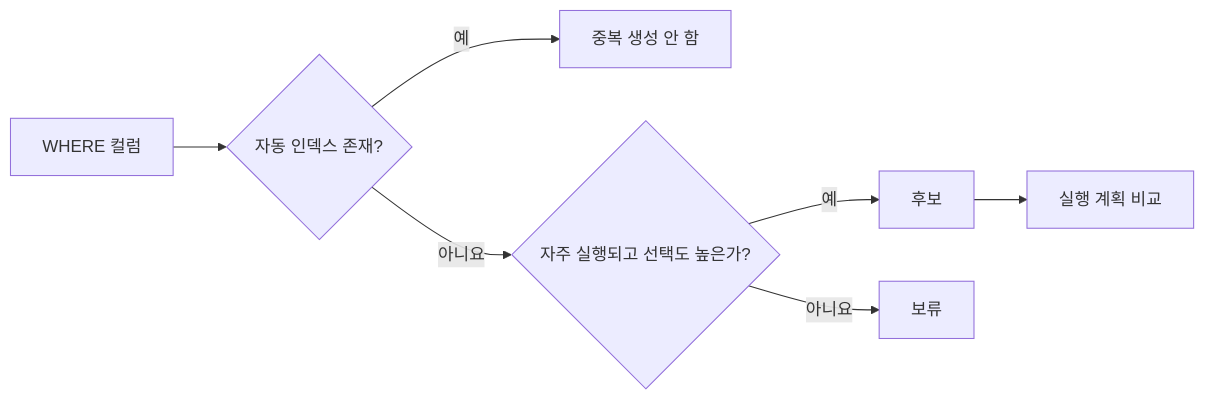
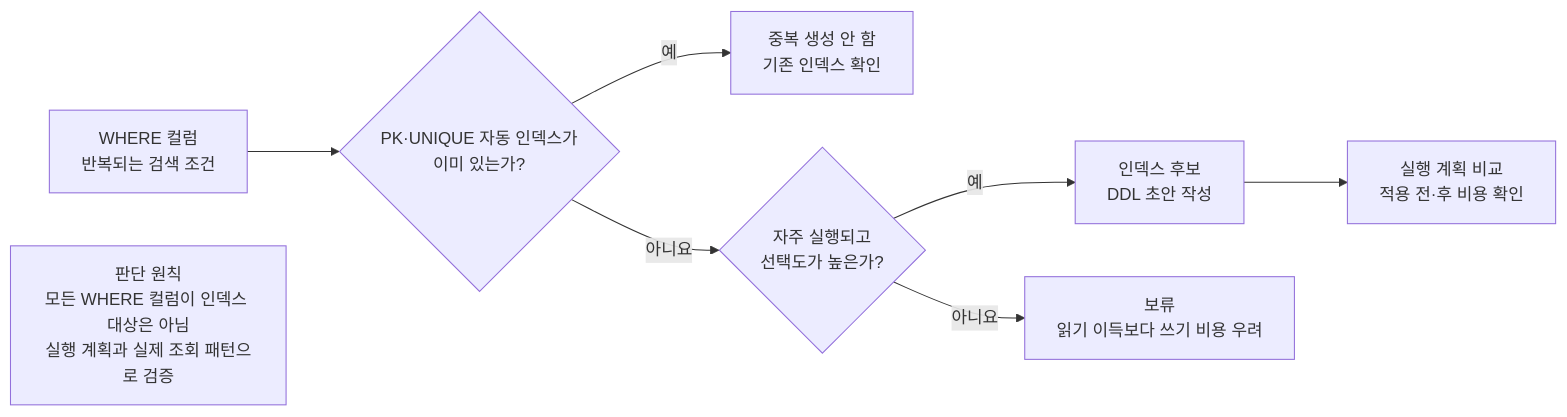
The diagram in images/chapter10/ch10_03_where_index_candidate.mmd (GilbertMoon/ai-database-book), drawn with Mermaid before and after one commit.

Commit message:
Align Chapter 10 index candidate Mermaid flow

```diff
--- a/images/chapter10/ch10_03_where_index_candidate.mmd
+++ b/images/chapter10/ch10_03_where_index_candidate.mmd
@@ -1,7 +1,8 @@
 flowchart LR
-    A[WHERE 컬럼] --> B{자동 인덱스 존재?}
-    B -- 예 --> C[중복 생성 안 함]
-    B -- 아니요 --> D{자주 실행되고 선택도 높은가?}
-    D -- 예 --> E[후보]
-    D -- 아니요 --> F[보류]
-    E --> G[실행 계획 비교]
+    A[WHERE 컬럼<br/>반복되는 검색 조건] --> B{PK·UNIQUE 자동 인덱스가<br/>이미 있는가?}
+    B -- 예 --> C[중복 생성 안 함<br/>기존 인덱스 확인]
+    B -- 아니요 --> D{자주 실행되고<br/>선택도가 높은가?}
+    D -- 예 --> E[인덱스 후보<br/>DDL 초안 작성]
+    E --> G[실행 계획 비교<br/>적용 전·후 비용 확인]
+    D -- 아니요 --> F[보류<br/>읽기 이득보다 쓰기 비용 우려]
+    H[판단 원칙<br/>모든 WHERE 컬럼이 인덱스 대상은 아님<br/>실행 계획과 실제 조회 패턴으로 검증]
```
